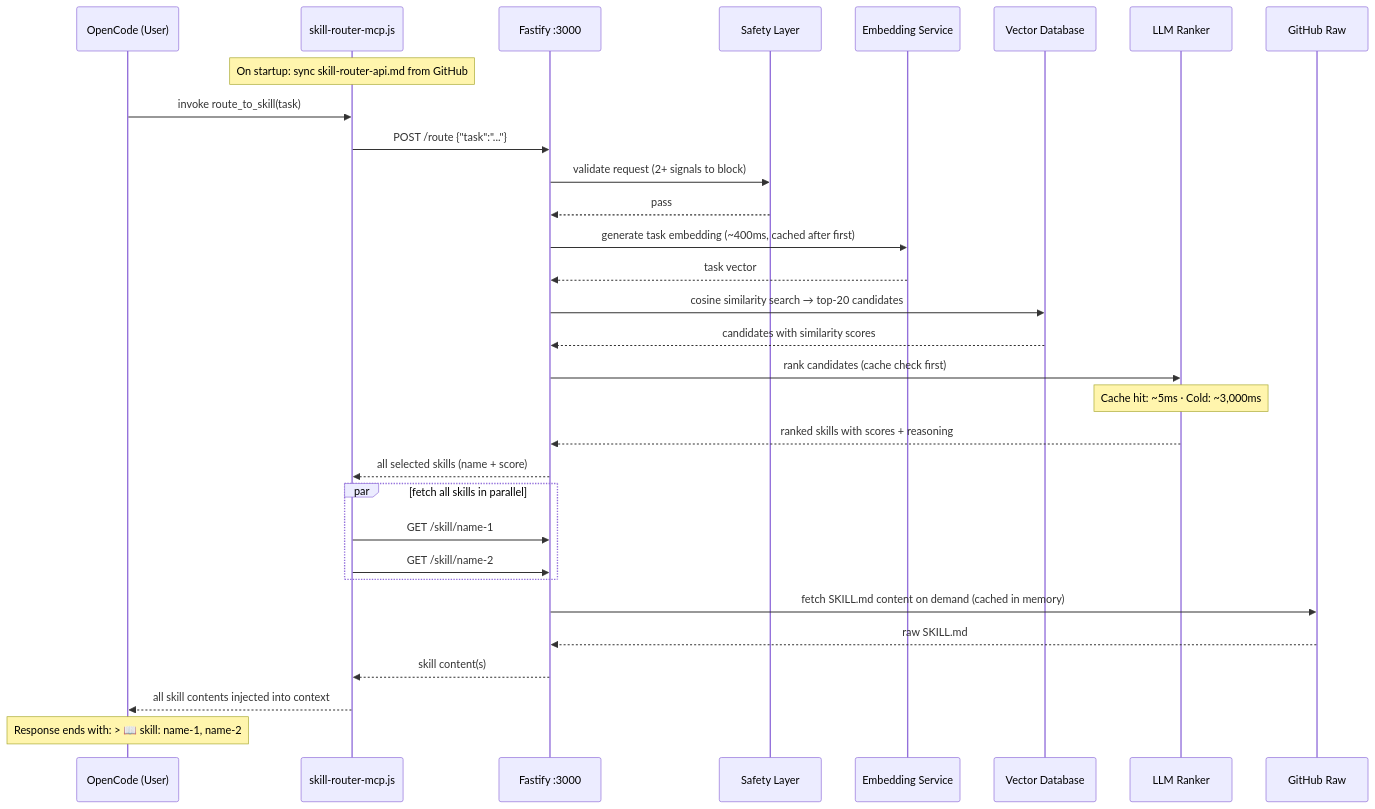
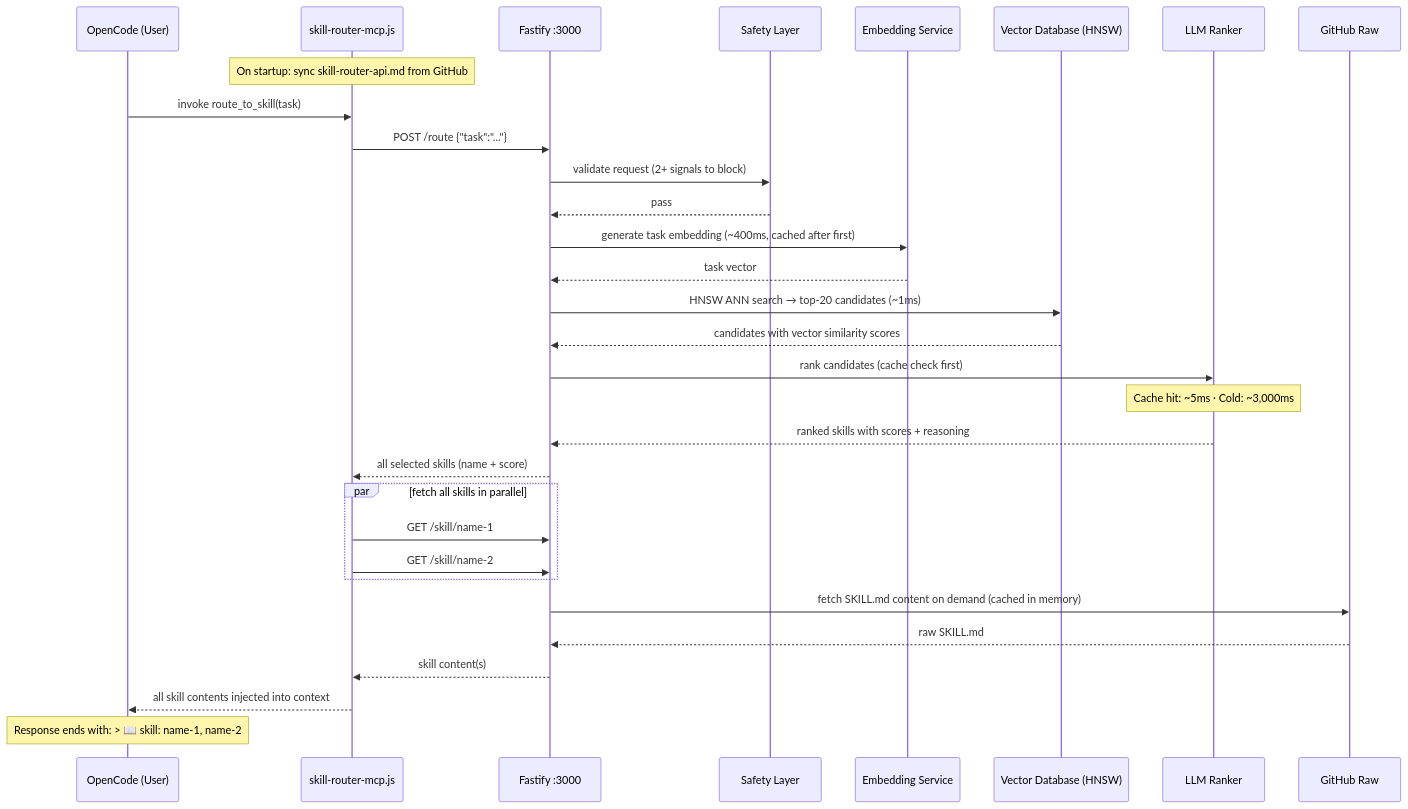
The first of 2 diagrams in agent-skill-routing-system/README.md (paulpas/agent-skill-router), drawn with Mermaid before and after one commit. The commit also changed other lines of this file and 7 other files, not shown here.

First line of the commit message:
docs: fix GitHub rendering issues + clarify Vector+BM25 vs HNSW

````diff
--- a/agent-skill-routing-system/README.md
+++ b/agent-skill-routing-system/README.md
@@ -16,34 +16,34 @@
 ```mermaid
 sequenceDiagram
     participant U as OpenCode (User)
     participant MCP as skill-router-mcp.js
     participant API as Fastify :3000
     participant Safety as Safety Layer
     participant Embed as Embedding Service
-    participant VDB as Vector Database
+    participant VDB as Vector Database (HNSW)
     participant LLM as LLM Ranker
     participant GH as GitHub Raw
 
     Note over MCP: On startup: sync skill-router-api.md from GitHub
     U->>MCP: invoke route_to_skill(task)
     MCP->>API: POST /route {"task":"..."}
     API->>Safety: validate request (2+ signals to block)
     Safety-->>API: pass
     API->>Embed: generate task embedding (~400ms, cached after first)
     Embed-->>API: task vector
-    API->>VDB: cosine similarity search → top-20 candidates
-    VDB-->>API: candidates with similarity scores
+    API->>VDB: HNSW ANN search → top-20 candidates (~1ms)
+    VDB-->>API: candidates with vector similarity scores
     API->>LLM: rank candidates (cache check first)
     Note over LLM: Cache hit: ~5ms · Cold: ~3,000ms
     LLM-->>API: ranked skills with scores + reasoning
     API-->>MCP: all selected skills (name + score)
     par fetch all skills in parallel
         MCP->>API: GET /skill/name-1
         MCP->>API: GET /skill/name-2
     end
     API->>GH: fetch SKILL.md content on demand (cached in memory)
     GH-->>API: raw SKILL.md
     API-->>MCP: skill content(s)
     MCP-->>U: all skill contents injected into context
     Note over U: Response ends with: > 📖 skill: name-1, name-2
 ```
````
